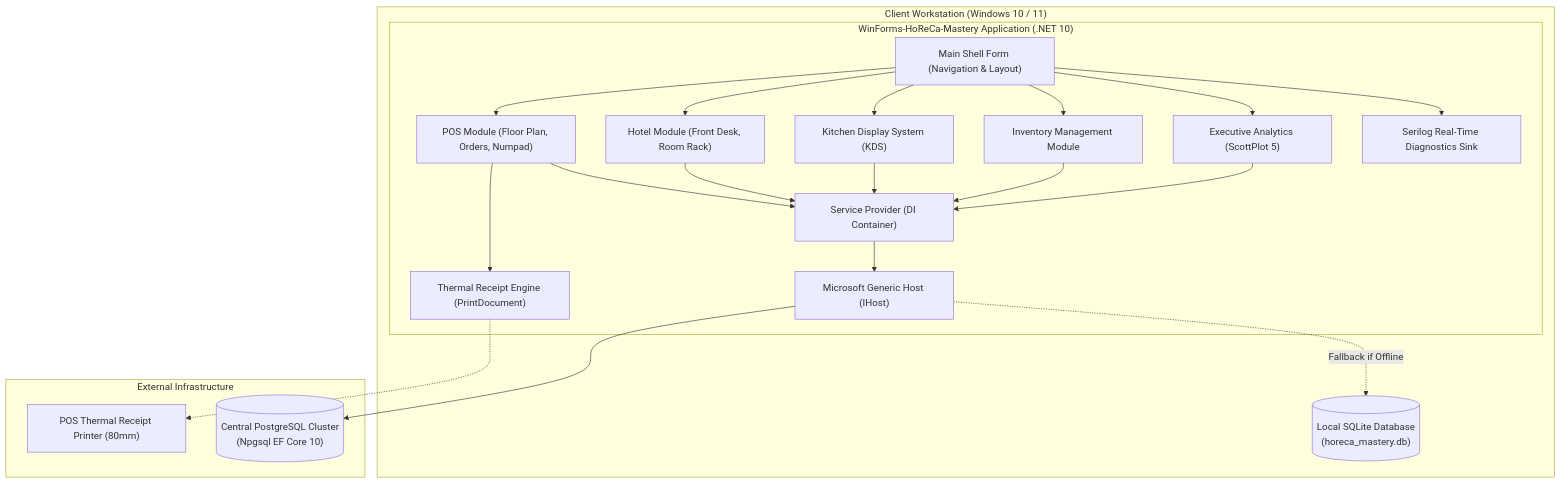
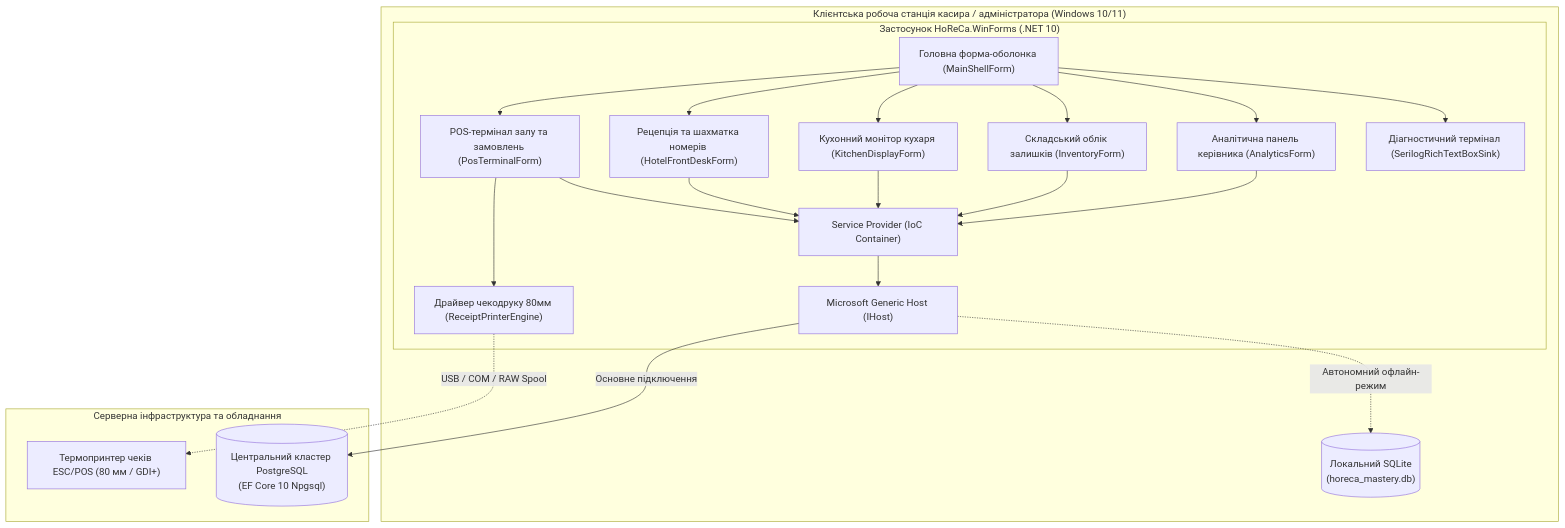
The second of 3 diagrams in README.md (MrTomkaYurii/WinForms-HoReCa-Mastery), drawn with Mermaid before and after one commit. The commit also changed other lines of this file, not shown here.

Commit message:
docs(readme): Overhaul master README into Ukrainian curriculum portal with C4 diagrams, ERD, and lesson catalog

````diff
--- a/README.md
+++ b/README.md
@@ -29,37 +42,37 @@
 ```mermaid
 flowchart TB
-    subgraph ClientWorkstation["Client Workstation (Windows 10 / 11)"]
-        subgraph WinFormsApp["WinForms-HoReCa-Mastery Application (.NET 10)"]
+    subgraph ClientWorkstation["Клієнтська робоча станція касира / адміністратора (Windows 10/11)"]
+        subgraph WinFormsApp["Застосунок HoReCa.WinForms (.NET 10)"]
             Host["Microsoft Generic Host (IHost)"]
-            DI["Service Provider (DI Container)"]
-            Shell["Main Shell Form (Navigation & Layout)"]
-            PosMod["POS Module (Floor Plan, Orders, Numpad)"]
-            HotelMod["Hotel Module (Front Desk, Room Rack)"]
-            KdsMod["Kitchen Display System (KDS)"]
-            InvMod["Inventory Management Module"]
-            ChartMod["Executive Analytics (ScottPlot 5)"]
-            LogMod["Serilog Real-Time Diagnostics Sink"]
-            PrintMod["Thermal Receipt Engine (PrintDocument)"]
+            DI["Service Provider (IoC Container)"]
+            Shell["Головна форма-оболонка (MainShellForm)"]
+            PosMod["POS-термінал залу та замовлень (PosTerminalForm)"]
+            HotelMod["Рецепція та шахматка номерів (HotelFrontDeskForm)"]
+            KdsMod["Кухонний монітор кухаря (KitchenDisplayForm)"]
+            InvMod["Складський облік залишків (InventoryForm)"]
+            ChartMod["Аналітична панель керівника (AnalyticsForm)"]
+            LogMod["Діагностичний термінал (SerilogRichTextBoxSink)"]
+            PrintMod["Драйвер чекодруку 80мм (ReceiptPrinterEngine)"]
         end
-        LocalDb[("Local SQLite Database<br/>(horeca_mastery.db)")]
+        LocalDb[("Локальний SQLite<br/>(horeca_mastery.db)")]
     end
 
-    subgraph ExternalServices["External Infrastructure"]
-        RemotePg[("Central PostgreSQL Cluster<br/>(Npgsql EF Core 10)")]
-        ThermalPrinter["POS Thermal Receipt Printer (80mm)"]
+    subgraph ExternalServices["Серверна інфраструктура та обладнання"]
+        RemotePg[("Центральний кластер PostgreSQL<br/>(EF Core 10 Npgsql)")]
+        ThermalPrinter["Термопринтер чеків ESC/POS (80 мм / GDI+)"]
     end
 
     Shell --> PosMod
     Shell --> HotelMod
     Shell --> KdsMod
     Shell --> InvMod
     Shell --> ChartMod
     Shell --> LogMod
     PosMod --> PrintMod
-    PrintMod -.-> ThermalPrinter
+    PrintMod -.->|USB / COM / RAW Spool| ThermalPrinter
 
     PosMod & HotelMod & KdsMod & InvMod & ChartMod --> DI
     DI --> Host
-    Host --> RemotePg
-    Host -.->|Fallback if Offline| LocalDb
+    Host -->|Основне підключення| RemotePg
+    Host -.->|Автономний офлайн-режим| LocalDb
 ```
````
